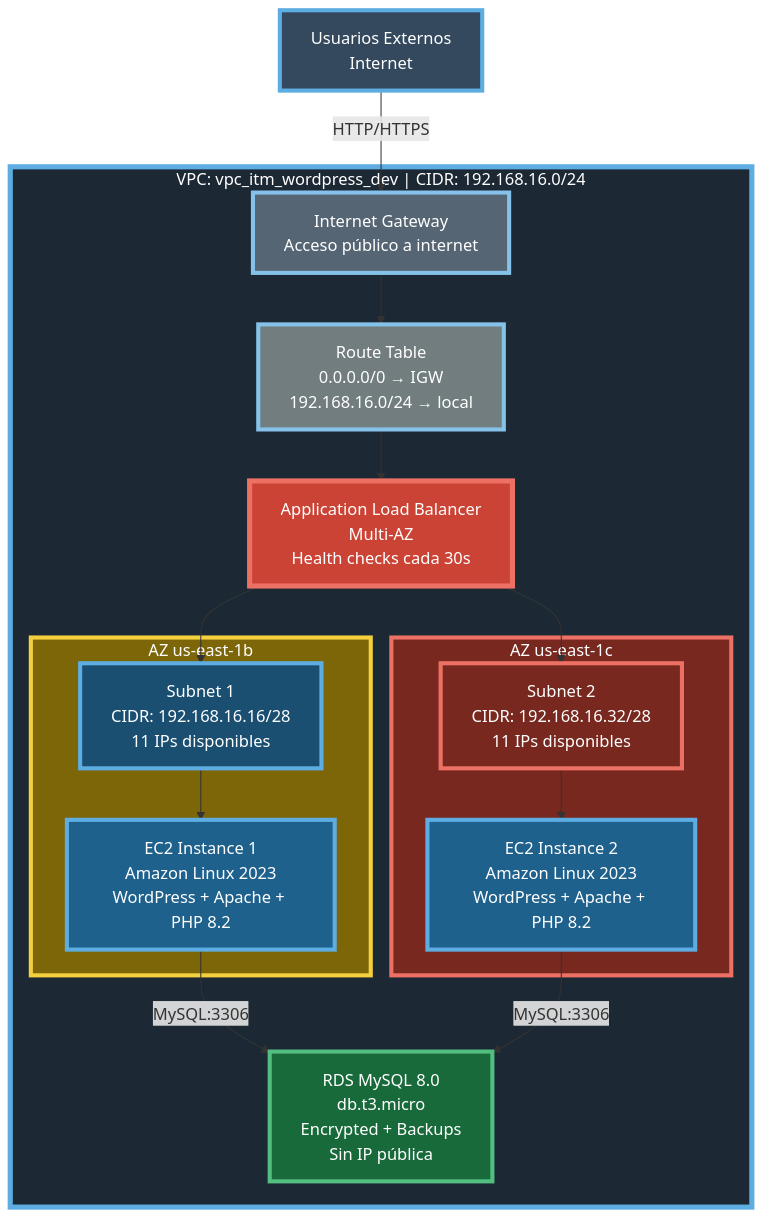
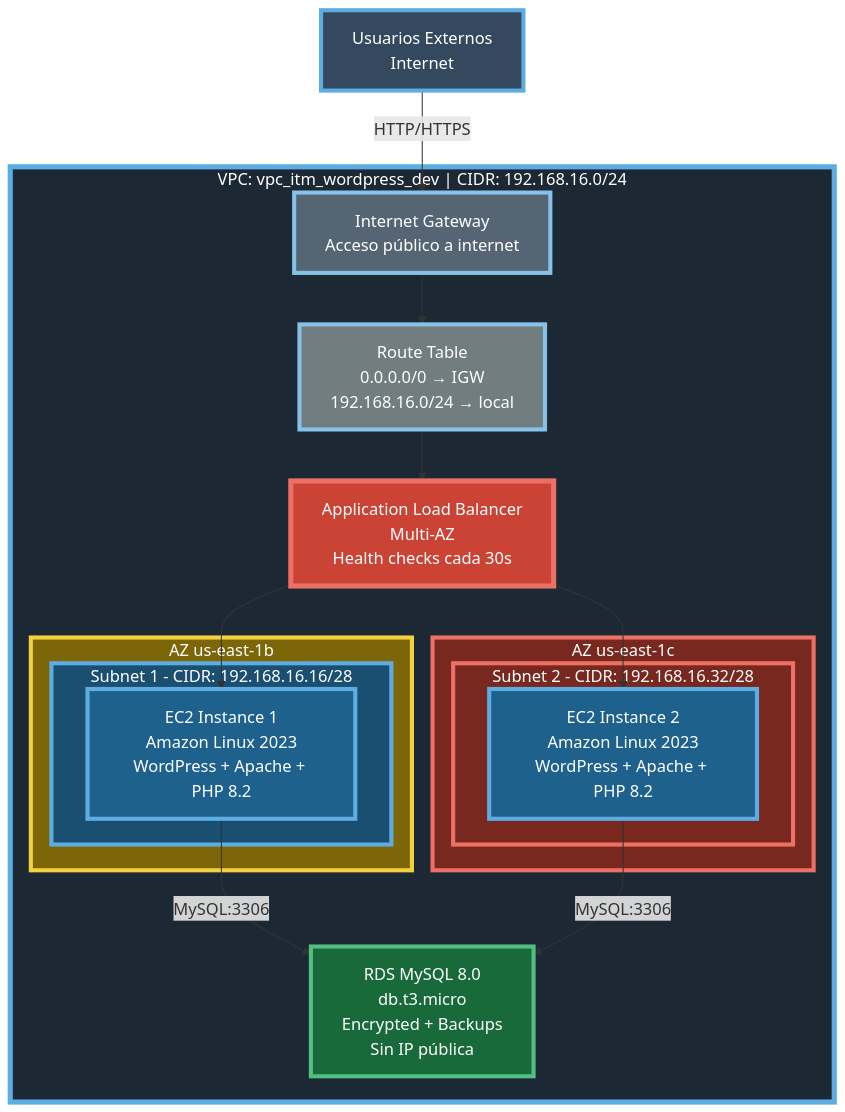
One commit to gjoiver/terraform-project changed the diagram in README.md. Above: the diagram before and after it, drawn with Mermaid.

Commit message:
update diagram

````diff
--- a/README.md
+++ b/README.md
@@ -15,51 +15,51 @@
 ```mermaid
 graph TB
     Users["Usuarios Externos<br/>Internet"]
 
     subgraph VPC["VPC: vpc_itm_wordpress_dev | CIDR: 192.168.16.0/24"]
         IGW["Internet Gateway<br/>Acceso público a internet"]
 
         RT["Route Table<br/>0.0.0.0/0 → IGW<br/>192.168.16.0/24 → local"]
 
         ALB["Application Load Balancer<br/>Multi-AZ<br/>Health checks cada 30s"]
 
         subgraph AZ1["AZ us-east-1b"]
-            Subnet1["Subnet 1<br/>CIDR: 192.168.16.16/28<br/>11 IPs disponibles"]
-            EC2_1["EC2 Instance 1<br/>Amazon Linux 2023<br/>WordPress + Apache + PHP 8.2"]
+            subgraph Subnet1["Subnet 1 - CIDR: 192.168.16.16/28"]
+                EC2_1["EC2 Instance 1<br/>Amazon Linux 2023<br/>WordPress + Apache + PHP 8.2"]
+            end
         end
 
         subgraph AZ2["AZ us-east-1c"]
-            Subnet2["Subnet 2<br/>CIDR: 192.168.16.32/28<br/>11 IPs disponibles"]
-            EC2_2["EC2 Instance 2<br/>Amazon Linux 2023<br/>WordPress + Apache + PHP 8.2"]
+            subgraph Subnet2["Subnet 2 - CIDR: 192.168.16.32/28"]
+                EC2_2["EC2 Instance 2<br/>Amazon Linux 2023<br/>WordPress + Apache + PHP 8.2"]
+            end
         end
 
         RDS["RDS MySQL 8.0<br/>db.t3.micro<br/>Encrypted + Backups<br/>Sin IP pública"]
     end
 
     Users -->|HTTP/HTTPS| IGW
     IGW --> RT
     RT --> ALB
-    ALB --> Subnet1
-    ALB --> Subnet2
-    Subnet1 --> EC2_1
-    Subnet2 --> EC2_2
+    ALB --> EC2_1
+    ALB --> EC2_2
     EC2_1 -->|MySQL:3306| RDS
     EC2_2 -->|MySQL:3306| RDS
 
     style Users fill:#34495E,stroke:#5DADE2,stroke-width:4px,color:#FFFFFF
 
     style VPC fill:#1C2833,stroke:#5DADE2,stroke-width:5px,color:#FFFFFF
     style IGW fill:#566573,stroke:#85C1E9,stroke-width:4px,color:#FFFFFF
     style RT fill:#717D7E,stroke:#85C1E9,stroke-width:4px,color:#FFFFFF
     style ALB fill:#CB4335,stroke:#EC7063,stroke-width:5px,color:#FFFFFF
 
     style AZ1 fill:#7D6608,stroke:#F4D03F,stroke-width:4px,color:#FFFFFF
     style AZ2 fill:#78281F,stroke:#EC7063,stroke-width:4px,color:#FFFFFF
 
     style Subnet1 fill:#1B4F72,stroke:#5DADE2,stroke-width:4px,color:#FFFFFF
     style Subnet2 fill:#78281F,stroke:#EC7063,stroke-width:4px,color:#FFFFFF
 
     style EC2_1 fill:#1F618D,stroke:#5DADE2,stroke-width:4px,color:#FFFFFF
     style EC2_2 fill:#1F618D,stroke:#5DADE2,stroke-width:4px,color:#FFFFFF
     style RDS fill:#186A3B,stroke:#52BE80,stroke-width:4px,color:#FFFFFF
 ```
````
